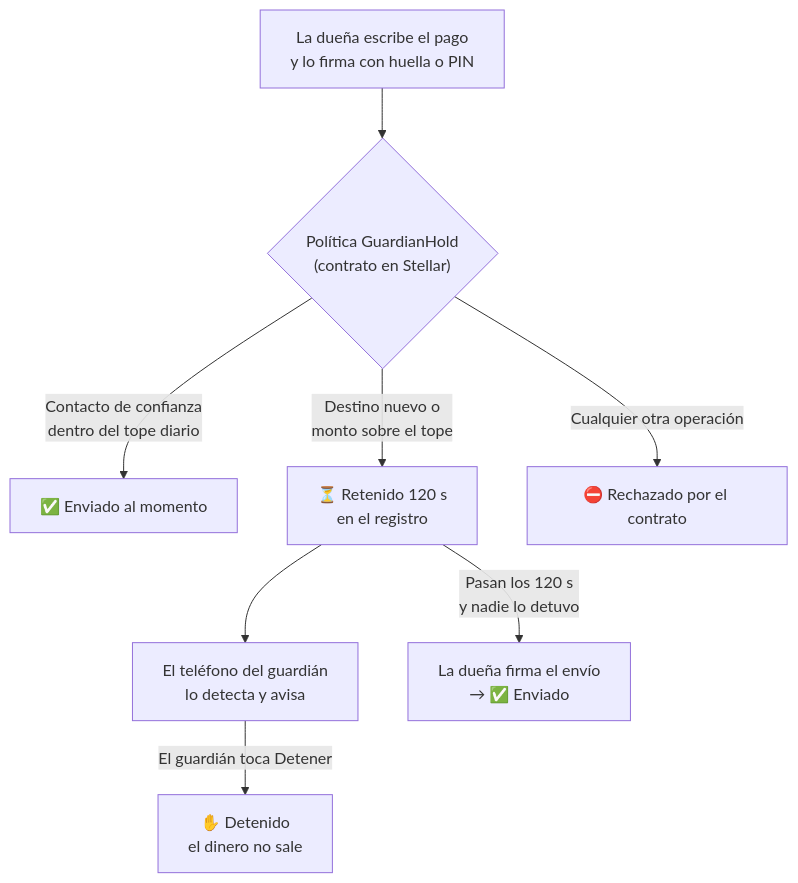
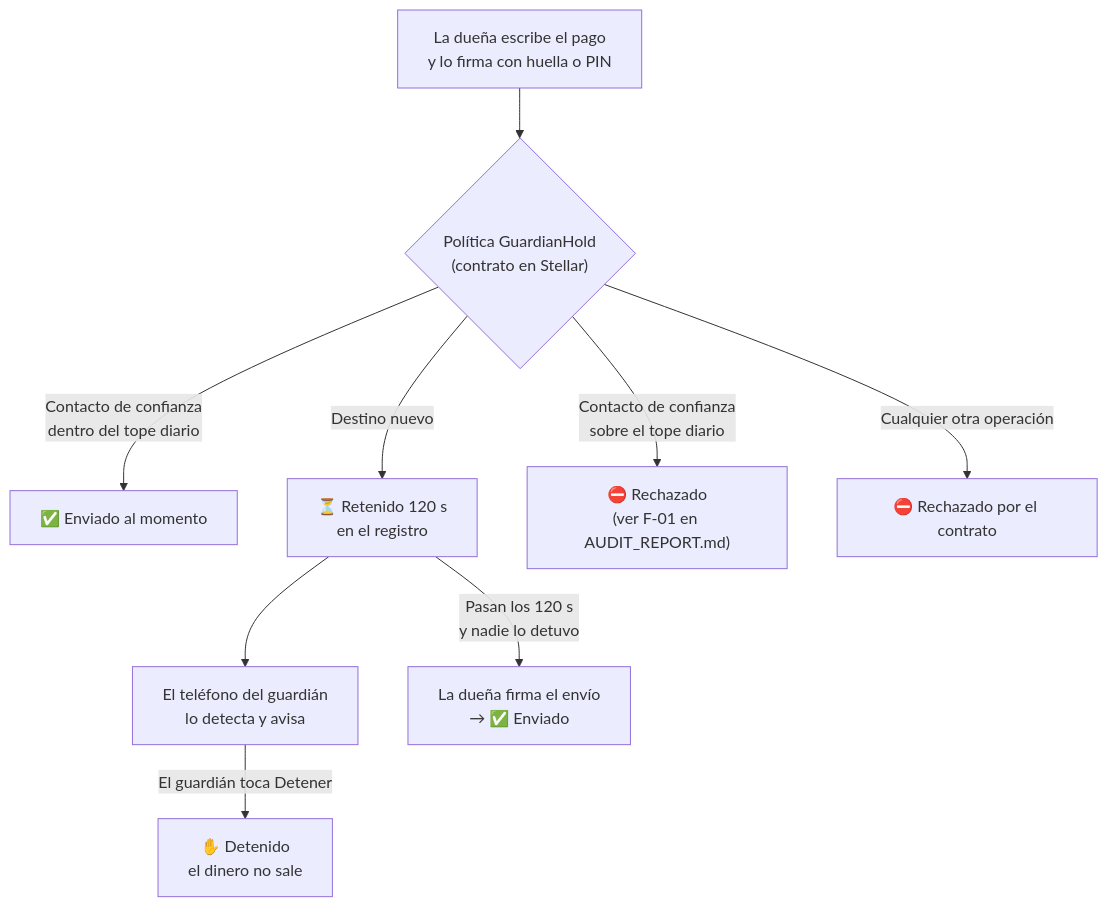
The first of 2 diagrams in README.md (CHMP987/GuardPay), drawn with Mermaid before and after one commit. The commit also changed other lines of this file and 5 other files, not shown here.

First line of the commit message:
Audit: report, architecture, roadmap, contributing and security docs

````diff
--- a/README.md
+++ b/README.md
@@ -96,10 +96,11 @@
 ```mermaid
 flowchart TD
     A["La dueña escribe el pago<br/>y lo firma con huella o PIN"] --> B{"Política GuardianHold<br/>(contrato en Stellar)"}
     B -->|"Contacto de confianza<br/>dentro del tope diario"| C["✅ Enviado al momento"]
-    B -->|"Destino nuevo o<br/>monto sobre el tope"| D["⏳ Retenido 120 s<br/>en el registro"]
+    B -->|"Destino nuevo"| D["⏳ Retenido 120 s<br/>en el registro"]
+    B -->|"Contacto de confianza<br/>sobre el tope diario"| X["⛔ Rechazado<br/>(ver F-01 en AUDIT_REPORT.md)"]
     B -->|"Cualquier otra operación"| R["⛔ Rechazado por el contrato"]
     D --> E["El teléfono del guardián<br/>lo detecta y avisa"]
     E -->|"El guardián toca Detener"| F["✋ Detenido<br/>el dinero no sale"]
     D -->|"Pasan los 120 s<br/>y nadie lo detuvo"| G["La dueña firma el envío<br/>→ ✅ Enviado"]
 ```
````
